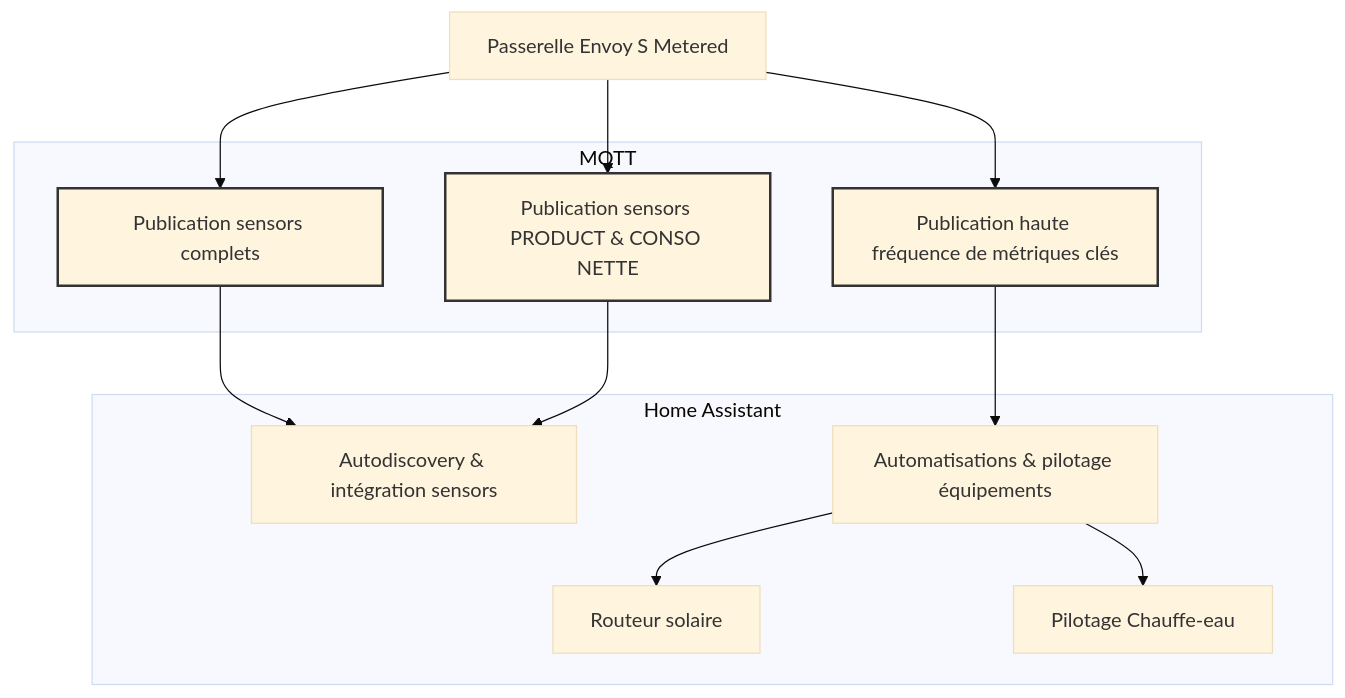
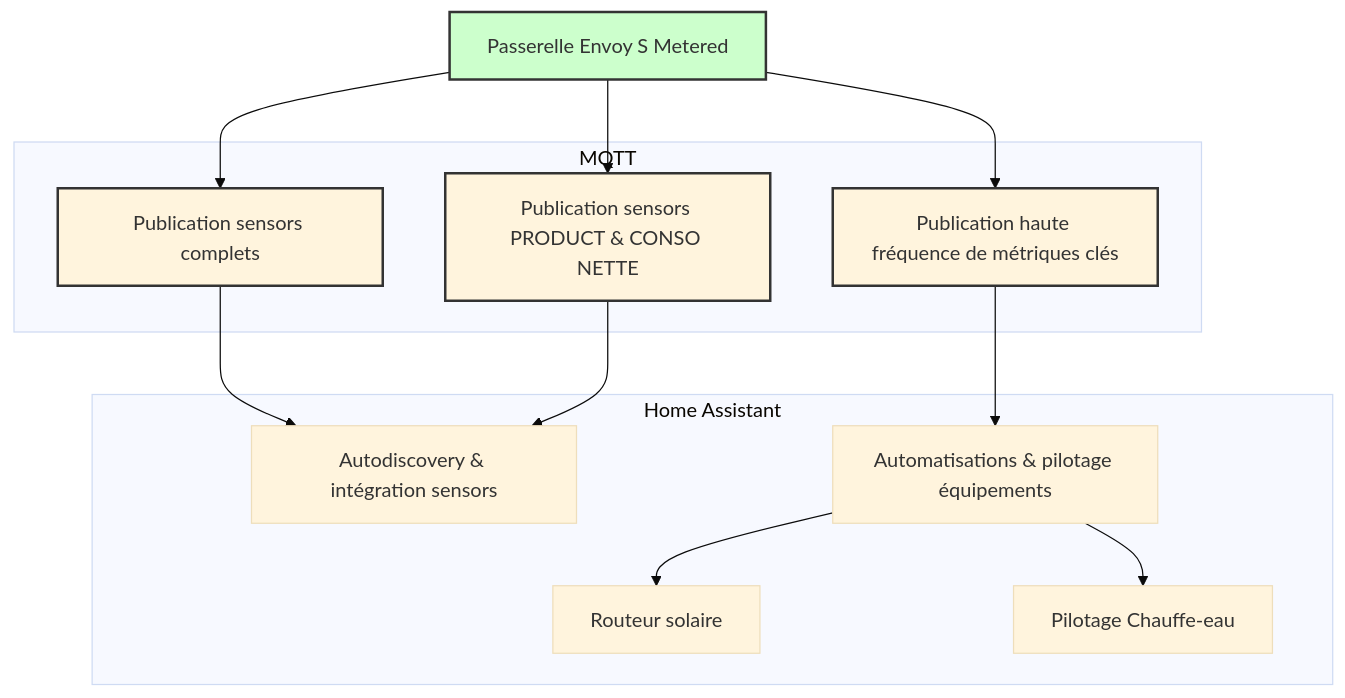
The diagram in README.md (Mamath2000/envoy2mqtt), drawn with Mermaid (base theme) before and after one commit. The commit also changed other lines of this file and 1 other file, not shown here.

````diff
--- a/README.md
+++ b/README.md
@@ -5,28 +7,30 @@
 ```mermaid
 flowchart TD
     A[Passerelle Envoy S Metered]
     subgraph MQTT
         B1[Publication sensors complets]
         B2[Publication sensors PRODUCT & CONSO NETTE]
         B3[Publication haute fréquence de métriques clés]
     end
     subgraph Home Assistant
         C1[Autodiscovery & intégration sensors]
         C2[Automatisations & pilotage équipements]
         D1[Routeur solaire]
         D2[Pilotage Chauffe-eau]
     end
 
     A --> B1
     A --> B2
     A --> B3
     B1 --> C1
     B2 --> C1
     B3 --> C2
     C2 --> D1
     C2 --> D2
 
     %% Explications
     classDef exp fill,stroke:#333,stroke-width:2px;
+    classDef local fill:#cfc,stroke:#333,stroke-width:2px;
     class B1,B2,B3 exp;
+    class A local;
 ```
````
